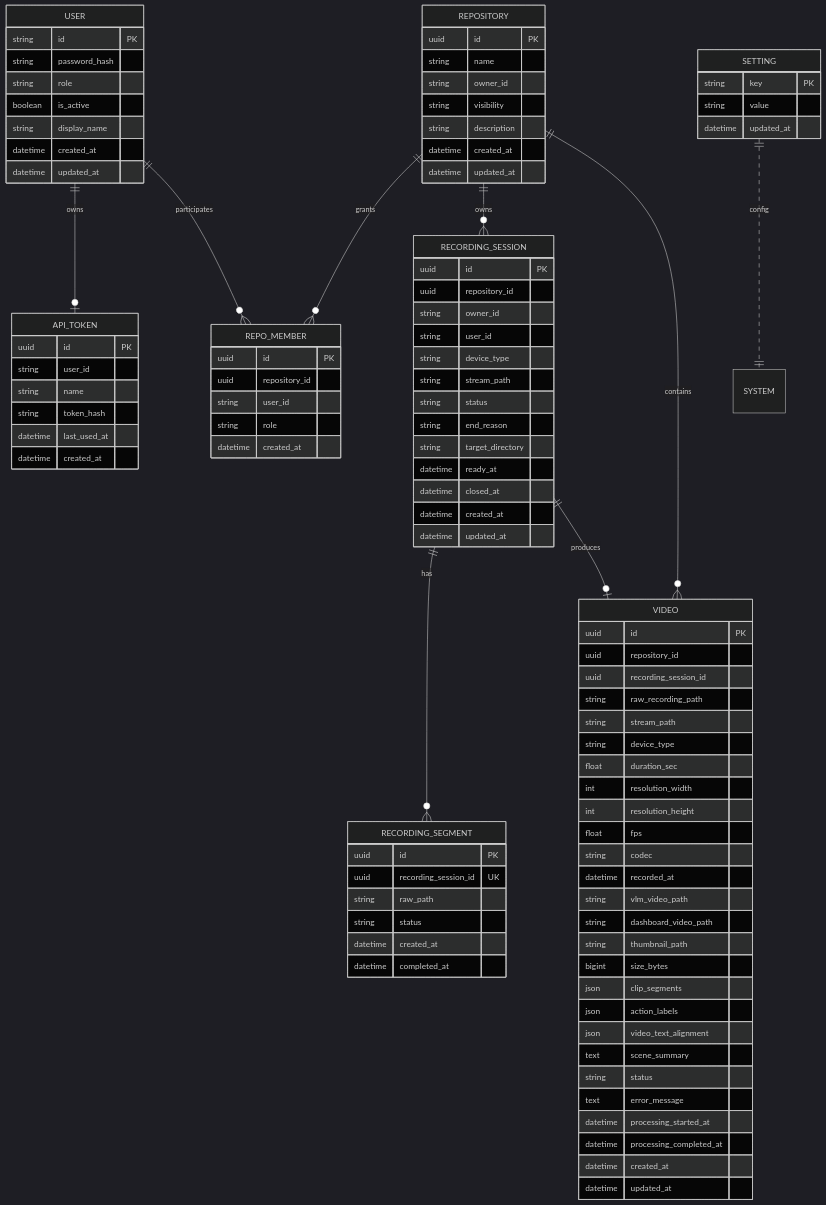
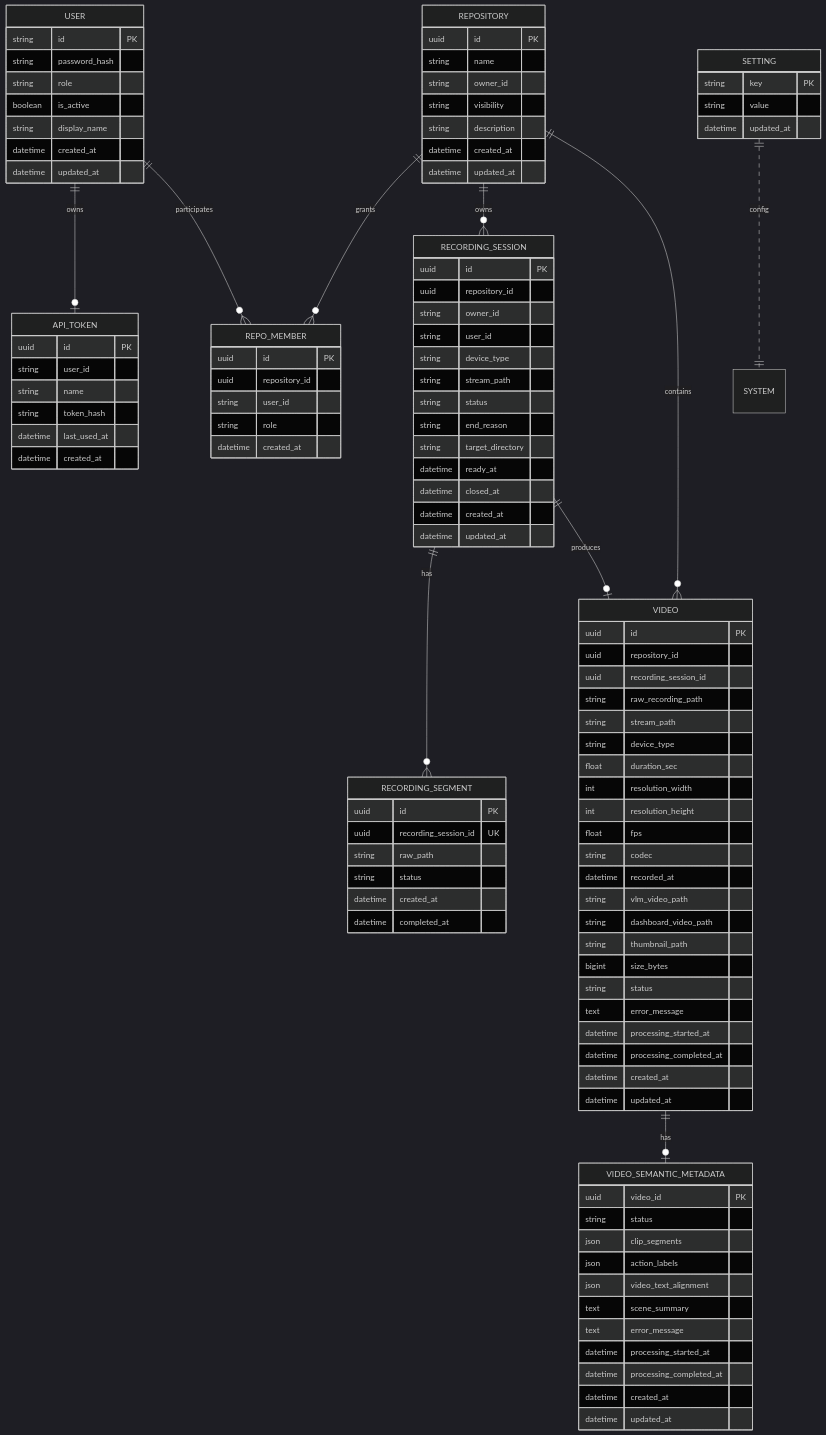
The diagram in docs/07. project_database.md (ego-flow/ego-flow-server), drawn with Mermaid (dark theme) before and after one commit. The commit also changed other lines of this file and 11 other files, not shown here.

Commit message:
[Backend] Video semantic metadata 분리

````diff
--- a/docs/07. project_database.md
+++ b/docs/07. project_database.md
@@ -78,6 +87,7 @@
     REPOSITORY ||--o{ VIDEO : contains
     RECORDING_SESSION ||--o{ RECORDING_SEGMENT : has
     RECORDING_SESSION ||--o| VIDEO : produces
+    VIDEO ||--o| VIDEO_SEMANTIC_METADATA : has
     SETTING ||..|| SYSTEM : config
 
     USER {
@@ -165,10 +175,6 @@
         string dashboard_video_path
         string thumbnail_path
         bigint size_bytes
-        json clip_segments
-        json action_labels
-        json video_text_alignment
-        text scene_summary
         string status
         text error_message
         datetime processing_started_at
@@ -176,4 +182,18 @@
         datetime created_at
         datetime updated_at
     }
+
+    VIDEO_SEMANTIC_METADATA {
+        uuid video_id PK
+        string status
+        json clip_segments
+        json action_labels
+        json video_text_alignment
+        text scene_summary
+        text error_message
+        datetime processing_started_at
+        datetime processing_completed_at
+        datetime created_at
+        datetime updated_at
+    }
 ```
````
